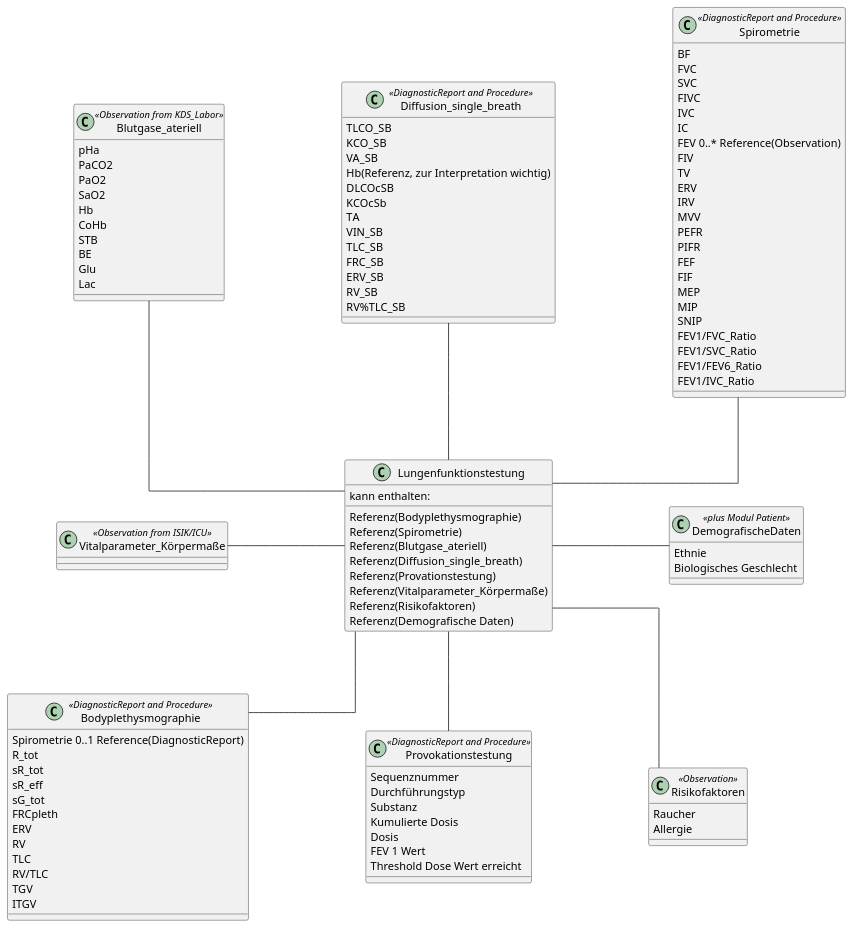
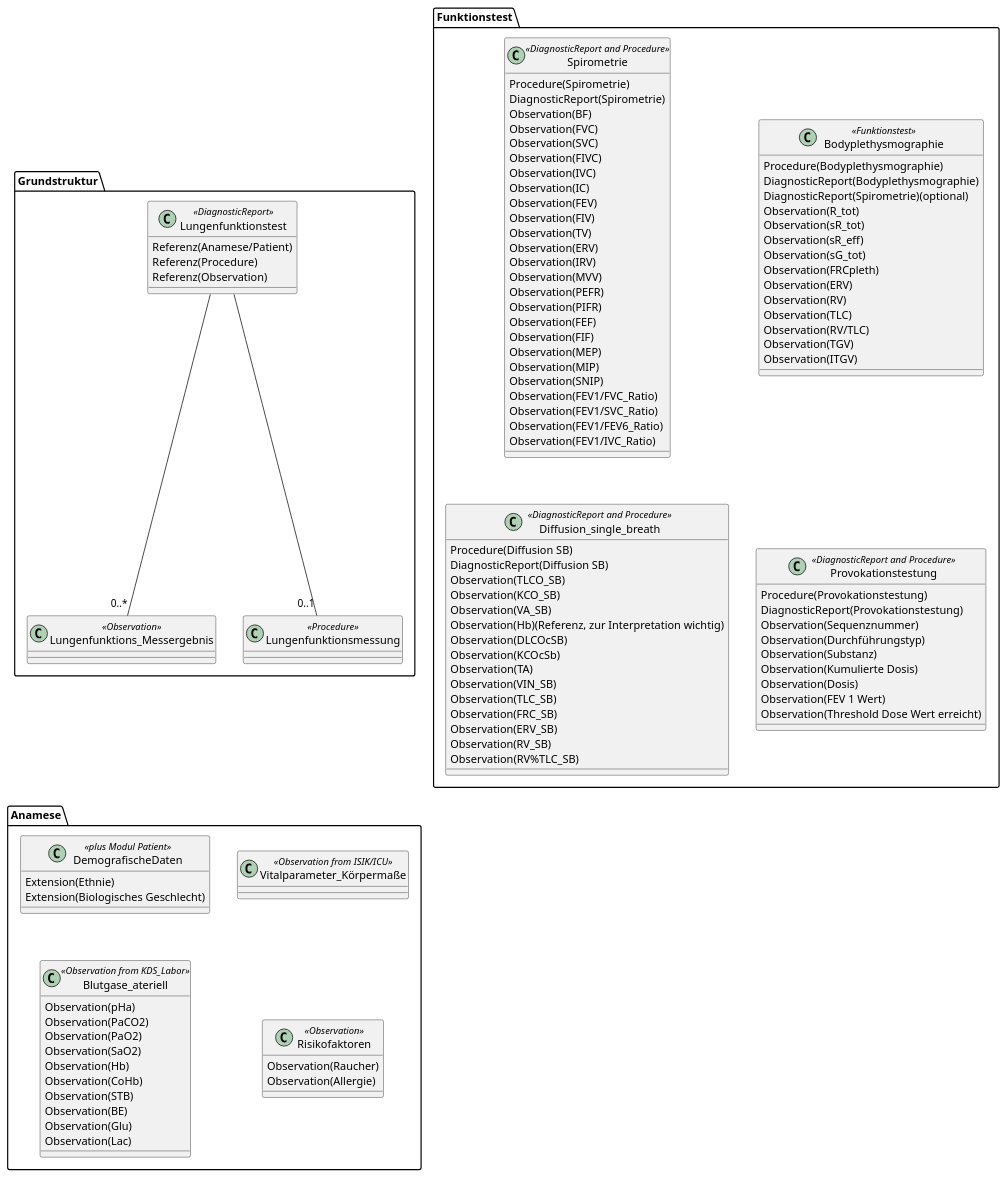
The diagram in UML/UML_Lungenfunktion.plantuml (medizininformatik-initiative/kerndatensatz-lungenfunktion), drawn with PlantUML before and after one commit.

Commit message:
Update UML, new structure

```diff
--- a/UML/UML_Lungenfunktion.plantuml
+++ b/UML/UML_Lungenfunktion.plantuml
@@ -1,118 +1,119 @@
-@startuml UML Modul Lungenfunktion
-skinparam Linetype ortho
-skinparam Nodesep 150
-skinparam Ranksep 80
-skinparam legendBackgroundColor #white
-
-class Lungenfunktionstestung{
-    kann enthalten:
-    Referenz(Bodyplethysmographie)
-    Referenz(Spirometrie)
-    Referenz(Blutgase_ateriell)
-    Referenz(Diffusion_single_breath)
-    Referenz(Provationstestung)
-    Referenz(Vitalparameter_Körpermaße)
-    Referenz(Risikofaktoren)
-    Referenz(Demografische Daten)
+@startuml
+package "Grundstruktur"{
+    class Lungenfunktionstest <<DiagnosticReport>>{
+        {field} Referenz(Anamese/Patient)
+        {field} Referenz(Procedure)
+        {field} Referenz(Observation)
+    }
+    class Lungenfunktionsmessung <<Procedure>>
+    class Lungenfunktions_Messergebnis <<Observation>>
+}
+package "Funktionstest" {
+    class Bodyplethysmographie <<Funktionstest>>{
+        {field} Procedure(Bodyplethysmographie)
+        {field} DiagnosticReport(Bodyplethysmographie)
+        {field} DiagnosticReport(Spirometrie)(optional)
+        {field} Observation(R_tot)
+        {field} Observation(sR_tot)
+        {field} Observation(sR_eff)
+        {field} Observation(sG_tot)
+        {field} Observation(FRCpleth)
+        {field} Observation(ERV)
+        {field} Observation(RV)
+        {field} Observation(TLC)
+        {field} Observation(RV/TLC)
+        {field} Observation(TGV)
+        {field} Observation(ITGV)
+    }
+    class Spirometrie <<DiagnosticReport and Procedure>>{
+        {field} Procedure(Spirometrie)
+        {field} DiagnosticReport(Spirometrie)
+        {field} Observation(BF)
+        {field} Observation(FVC)
+        {field} Observation(SVC)
+        {field} Observation(FIVC)
+        {field} Observation(IVC)
+        {field} Observation(IC)
+        {field} Observation(FEV)
+        {field} Observation(FIV)
+        {field} Observation(TV)
+        {field} Observation(ERV)
+        {field} Observation(IRV)
+        {field} Observation(MVV)
+        {field} Observation(PEFR)
+        {field} Observation(PIFR)
+        {field} Observation(FEF)
+        {field} Observation(FIF)
+        {field} Observation(MEP)
+        {field} Observation(MIP)
+        {field} Observation(SNIP)
+        {field} Observation(FEV1/FVC_Ratio)
+        {field} Observation(FEV1/SVC_Ratio)
+        {field} Observation(FEV1/FEV6_Ratio)
+        {field} Observation(FEV1/IVC_Ratio)
+    }
+    class Diffusion_single_breath <<DiagnosticReport and Procedure>> {
+        {field} Procedure(Diffusion SB)
+        {field} DiagnosticReport(Diffusion SB)
+        {field} Observation(TLCO_SB)
+        {field} Observation(KCO_SB)
+        {field} Observation(VA_SB)
+        {field} Observation(Hb)(Referenz, zur Interpretation wichtig)
+        {field} Observation(DLCOcSB)
+        {field} Observation(KCOcSb)
+        {field} Observation(TA)
+        {field} Observation(VIN_SB)
+        {field} Observation(TLC_SB)
+        {field} Observation(FRC_SB)
+        {field} Observation(ERV_SB)
+        {field} Observation(RV_SB)
+        {field} Observation(RV%TLC_SB)
+    }
+    class Provokationstestung <<DiagnosticReport and Procedure>> {
+        {field} Procedure(Provokationstestung)
+        {field} DiagnosticReport(Provokationstestung)
+        {field} Observation(Sequenznummer)
+        {field} Observation(Durchführungstyp)
+        {field} Observation(Substanz)
+        {field} Observation(Kumulierte Dosis)
+        {field} Observation(Dosis)
+        {field} Observation(FEV 1 Wert)
+        {field} Observation(Threshold Dose Wert erreicht)
+    }
 }
 
-class Bodyplethysmographie <<DiagnosticReport and Procedure>>{
-    {field} Spirometrie 0..1 Reference(DiagnosticReport)
-    R_tot
-    sR_tot
-    sR_eff
-    sG_tot
-    FRCpleth
-    ERV
-    RV
-    TLC
-    RV/TLC
-    TGV
-    ITGV
-}
-class Spirometrie <<DiagnosticReport and Procedure>>{
-    BF
-    FVC
-    SVC
-    FIVC
-    IVC
-    IC
-    {field} FEV 0..* Reference(Observation)
-    FIV
-    TV
-    ERV
-    IRV
-    MVV
-    PEFR
-    PIFR
-    FEF
-    FIF
-    MEP
-    MIP
-    SNIP
-    FEV1/FVC_Ratio
-    FEV1/SVC_Ratio
-    FEV1/FEV6_Ratio
-    FEV1/IVC_Ratio
+package "Anamese"{
+    class Vitalparameter_Körpermaße <<Observation from ISIK/ICU>>
+
+    class DemografischeDaten <<plus Modul Patient>> {
+        {field} Extension(Ethnie)
+        {field} Extension(Biologisches Geschlecht)
+    }
+
+    class Risikofaktoren <<Observation>> {
+        {field} Observation(Raucher)
+        {field} Observation(Allergie)
+    }
+    class Blutgase_ateriell <<Observation from KDS_Labor>> {
+        {field} Observation(pHa)
+        {field} Observation(PaCO2)
+        {field} Observation(PaO2)
+        {field} Observation(SaO2)
+        {field} Observation(Hb)
+        {field} Observation(CoHb)
+        {field} Observation(STB)
+        {field} Observation(BE)
+        {field} Observation(Glu)
+        {field} Observation(Lac)
+    }
 }
 
-class Diffusion_single_breath <<DiagnosticReport and Procedure>> {
-    TLCO_SB
-    KCO_SB
-    VA_SB
-    {field} Hb(Referenz, zur Interpretation wichtig)
-    DLCOcSB
-    KCOcSb
-    TA
-    VIN_SB
-    TLC_SB
-    FRC_SB
-    ERV_SB
-    RV_SB
-    RV%TLC_SB
-}
-
-class Blutgase_ateriell <<Observation from KDS_Labor>> {
-    pHa
-    PaCO2
-    PaO2
-    SaO2
-    Hb
-    CoHb
-    STB
-    BE
-    Glu
-    Lac
-}
-
-class Provokationstestung <<DiagnosticReport and Procedure>> {
-    Sequenznummer
-    Durchführungstyp
-    Substanz
-    Kumulierte Dosis
-    Dosis
-    FEV 1 Wert
-    Threshold Dose Wert erreicht
-}
-
-class Vitalparameter_Körpermaße <<Observation from ISIK/ICU>>
-
-class DemografischeDaten <<plus Modul Patient>> {
-    Ethnie
-    Biologisches Geschlecht
-}
-
-class Risikofaktoren <<Observation>> {
-    Raucher
-    Allergie
-}
-
-Lungenfunktionstestung -d- Bodyplethysmographie
-Lungenfunktionstestung -u- Spirometrie
-Lungenfunktionstestung -u- Diffusion_single_breath
-Lungenfunktionstestung -u- Blutgase_ateriell
-Lungenfunktionstestung -d- Provokationstestung
-Lungenfunktionstestung -r- DemografischeDaten
-Lungenfunktionstestung -l- Vitalparameter_Körpermaße
-Lungenfunktionstestung -d- Risikofaktoren
+Lungenfunktionstest -- "0..1" Lungenfunktionsmessung
+Lungenfunktionstest -- "0..*" Lungenfunktions_Messergebnis
+Lungenfunktionsmessung -[hidden]d- Vitalparameter_Körpermaße
+Lungenfunktions_Messergebnis -[hidden]r- Diffusion_single_breath
+Vitalparameter_Körpermaße -[hidden]d- Risikofaktoren
+DemografischeDaten -[hidden]d- Blutgase_ateriell
+Spirometrie -[hidden]d- Diffusion_single_breath
+Bodyplethysmographie -[hidden]d- Provokationstestung
 @enduml
```
